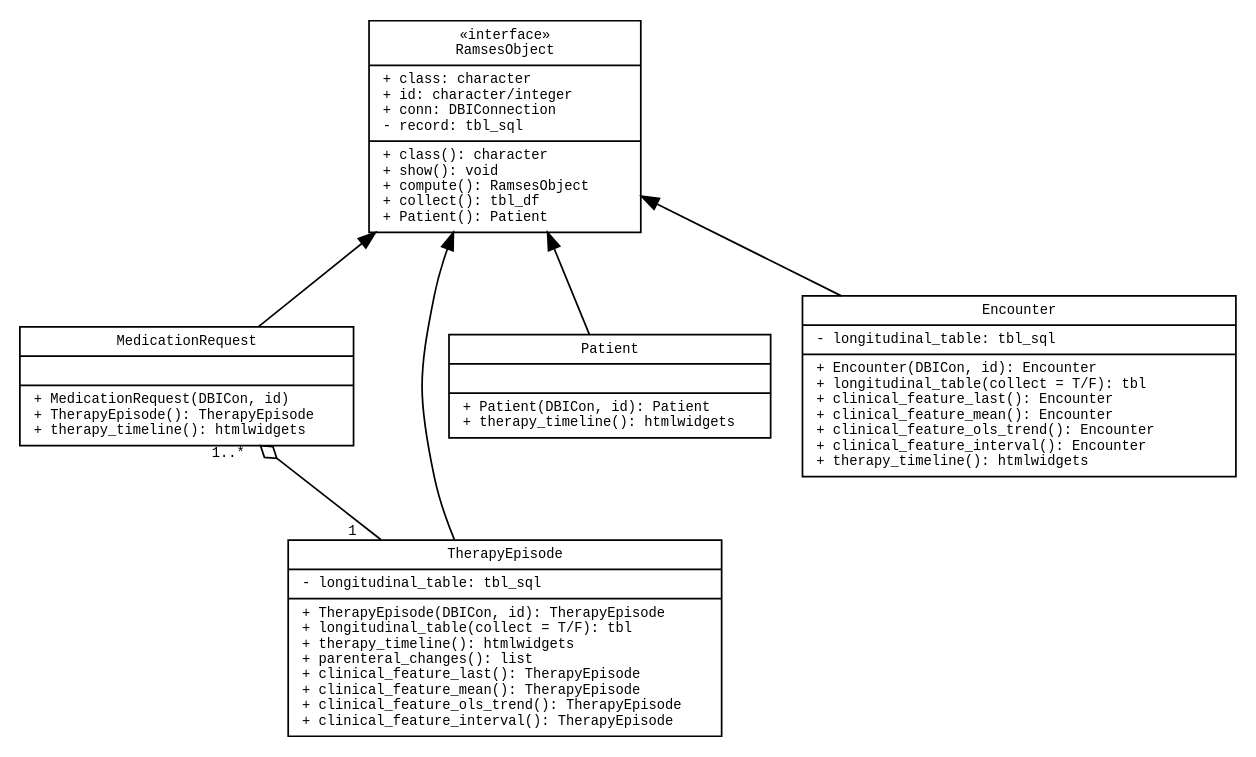
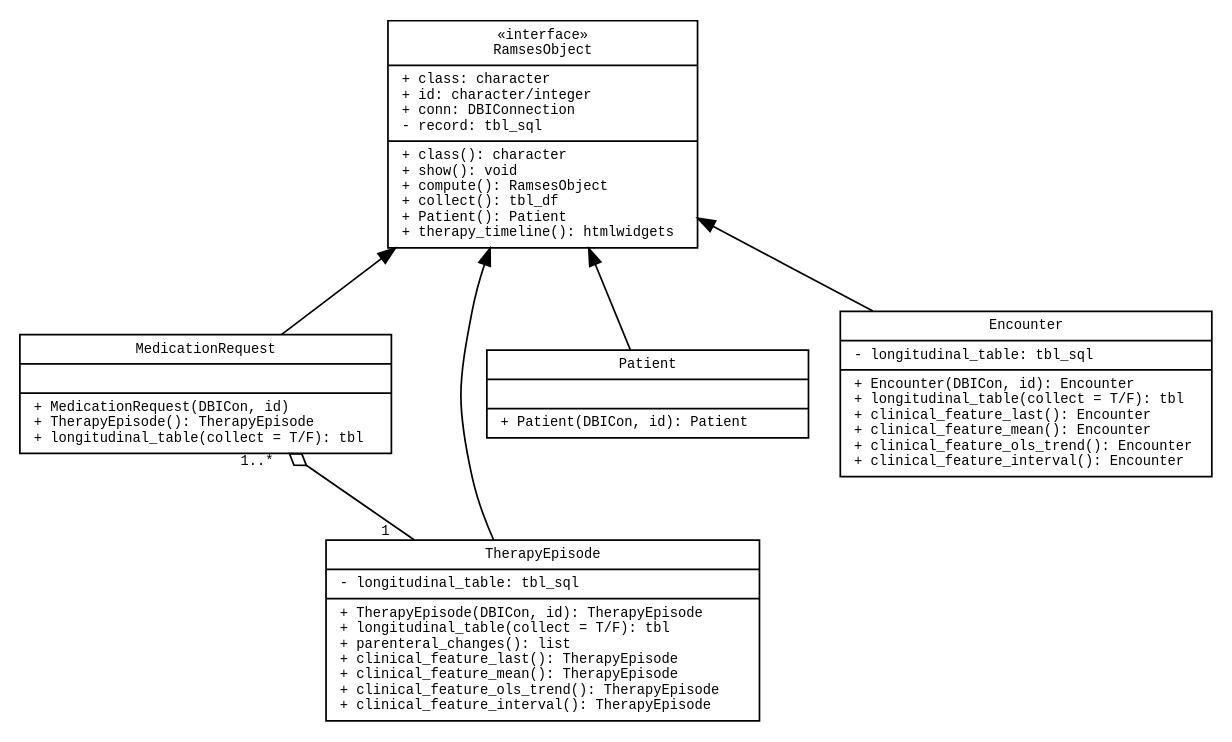
Before and after one commit to ramses-antibiotics/ramses-package: the diagram in vignettes/ramses-objects/ramses-med-class-diagram.gv, drawn with Graphviz. The commit also changed 13 other files, not shown here.

First line of the commit message:
implement and test Encounter methods longitudinal_table(), clinical_feature_*() #92

```diff
--- a/vignettes/ramses-objects/ramses-med-class-diagram.gv
+++ b/vignettes/ramses-objects/ramses-med-class-diagram.gv
@@ -1,167 +1,159 @@
 digraph G {
   
 
   node [
           fontname = "monospace"
           shape = "record"
           width = 1.5
           fontsize = 8
   ]
 
   edge [
           fontname = "monospace"
           fontsize = 8
   ]
 
 # arrowheads
 # Association open
 # Inheritance empty
 # Realisation/implementation empty + style=dashed
 # Dependency open + style=dashed
 # Aggregation odiamond
 # Composition diamond
 
 
 # Interface
 RamsesObject [
-  width = 2.2
+  width = 2.5
   label = "{«interface»\n
   RamsesObject|
   + class: character\l
   + id: character/integer\l
   + conn: DBIConnection\l
   - record: tbl_sql\l|
   
   + class(): character\l
   + show(): void\l
   + compute(): RamsesObject\l
   + collect(): tbl_df\l
-  + Patient(): Patient\l}"
+  + Patient(): Patient\l
+  + therapy_timeline(): htmlwidgets\l}"
 ]
 
 /*
 Prescription [
   width = 3
   label = "{Prescription|
   - prescription_type: \{\"mono\", \"combo\"\}\l
   - medication_requests\l
   + therapy_id: character\l|
   
   + Prescription(DBICon., id): Prescription\l
   + Patient(): Patient\l
   + TherapyEpisode(): TherapyEpisode\l
   + prescription_type(): \{\"mono\", \"combo\"\}\l
   + medication_requests(): list\l
   + therapy_timeline(): htmlwidgets\l}"
 ]
 
 Prescription_Mono [
   label = "{Prescription_Mono|
   - type: \"mono\"\l
   }"
 ]
 
 Prescription_Combo [
   label = "{Prescription_Combo|
   - type: \"combo\"\l
   }"
 ]
 */
 
 MedicationRequest [
-  width = 2.7
+  width = 3
   label = "{MedicationRequest|
   \l|
   
   + MedicationRequest(DBICon, id)\l
   + TherapyEpisode(): TherapyEpisode\l
-  + therapy_timeline(): htmlwidgets\l}"
+  + longitudinal_table(collect = T/F): tbl\l}"
   
   # + Clinician(): Clinician\l
   #  + Prescription(): Prescription\l
 ]
 
 TherapyEpisode [
   width = 3.5
   label = "{TherapyEpisode|
   - longitudinal_table: tbl_sql\l|
   
   + TherapyEpisode(DBICon, id): TherapyEpisode\l
   + longitudinal_table(collect = T/F): tbl\l
-  + therapy_timeline(): htmlwidgets\l
   + parenteral_changes(): list\l
   + clinical_feature_last(): TherapyEpisode\l
   + clinical_feature_mean(): TherapyEpisode\l
   + clinical_feature_ols_trend(): TherapyEpisode\l
   + clinical_feature_interval(): TherapyEpisode\l}"
 #  + medication_request(): list\l}"
 ]
 
 Patient [
   width = 2.6
   label = "{Patient|
   \l|
-  + Patient(DBICon, id): Patient\l
-  + therapy_timeline(): htmlwidgets\l}"
+  + Patient(DBICon, id): Patient\l}"
 ]
 
 Encounter [
-  width = 3.5
+  width = 3
   label = "{Encounter|
   - longitudinal_table: tbl_sql\l|
 
   + Encounter(DBICon, id): Encounter\l
   + longitudinal_table(collect = T/F): tbl\l
   + clinical_feature_last(): Encounter\l
   + clinical_feature_mean(): Encounter\l
   + clinical_feature_ols_trend(): Encounter\l
-  + clinical_feature_interval(): Encounter\l
-  + therapy_timeline(): htmlwidgets\l}"
+  + clinical_feature_interval(): Encounter\l}"
 ]
 
 /*
 Clinician [
   width = 2.5
   label = "{Clinician|
   \l|
   + Clinician(DBICon, id): Clinician\l
   + get_specialty(): character\l
   + get_lead_clinician: Clinician\l}"
 ]*/
 
 
 /*RamsesObject -> Prescription [dir=back]
 Prescription -> Prescription_Mono [dir=back]
 Prescription -> Prescription_Combo [dir=back]*/
 RamsesObject -> MedicationRequest [dir=back]
 
 RamsesObject -> Patient [dir=back]
 RamsesObject -> Encounter [dir=back]
 RamsesObject -> TherapyEpisode [dir=back]
 
 TherapyEpisode -> MedicationRequest [ constraint=false
   arrowhead=odiamond
   headlabel = "1..*  "
   taillabel = "1   "]
 /*Prescription_Mono -> MedicationRequest [ constraint=false
   arrowhead=odiamond
   headlabel = "1..*       "
   taillabel = "1"]
 Prescription_Combo -> MedicationRequest [
   arrowhead=odiamond
   headlabel = "2..*    "
   taillabel = "1"]*/
 
 
 /*Patient -> Clinician [ style = invis ]; 
 TherapyEpisode -> Clinician  [ style = invis ]; */
 Patient -> TherapyEpisode  [ style = invis ]; 
 
 
-/*
-TherapyEpisode -> TherapyList [constraint=false
-  arrowtail=odiamond
-  headlabel = "2..*  "
-  taillabel = "0..*  "]
-*/  
 }
```
